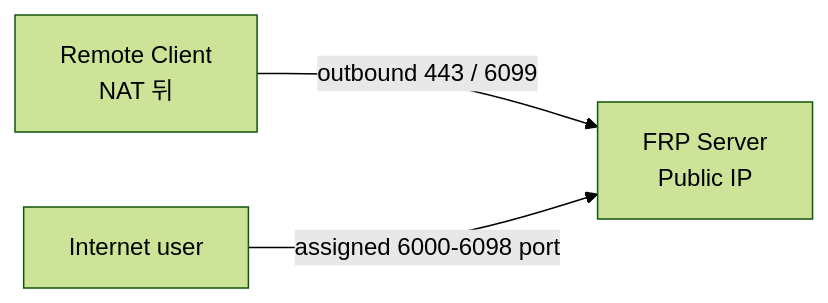
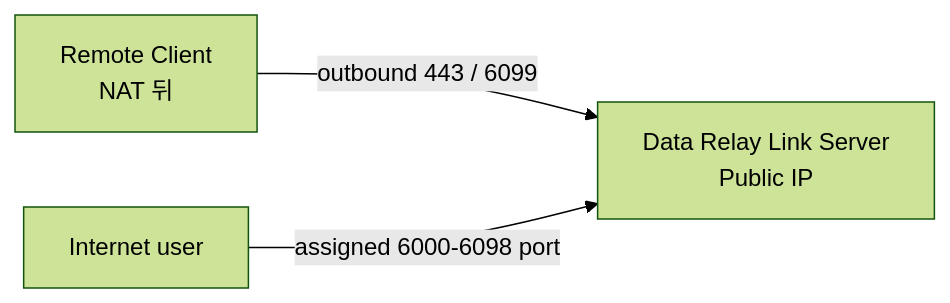
One commit to datarelay-labs/data-relay-link-docs changed the first of 4 diagrams in ko/deployment/firewall-nat.mdx. Above: the diagram before and after it, drawn with Mermaid (forest theme). The commit also changed other lines of this file and 32 other files, not shown here.

````diff
--- a/ko/deployment/firewall-nat.mdx
+++ b/ko/deployment/firewall-nat.mdx
@@ -16,5 +16,5 @@
 ```mermaid
 flowchart LR
-    C[Remote Client\nNAT 뒤] -->|outbound 443 / 6099| S[FRP Server\nPublic IP]
+    C[Remote Client\nNAT 뒤] -->|outbound 443 / 6099| S[Data Relay Link Server\nPublic IP]
     U[Internet user] -->|assigned 6000-6098 port| S
 ```
````
